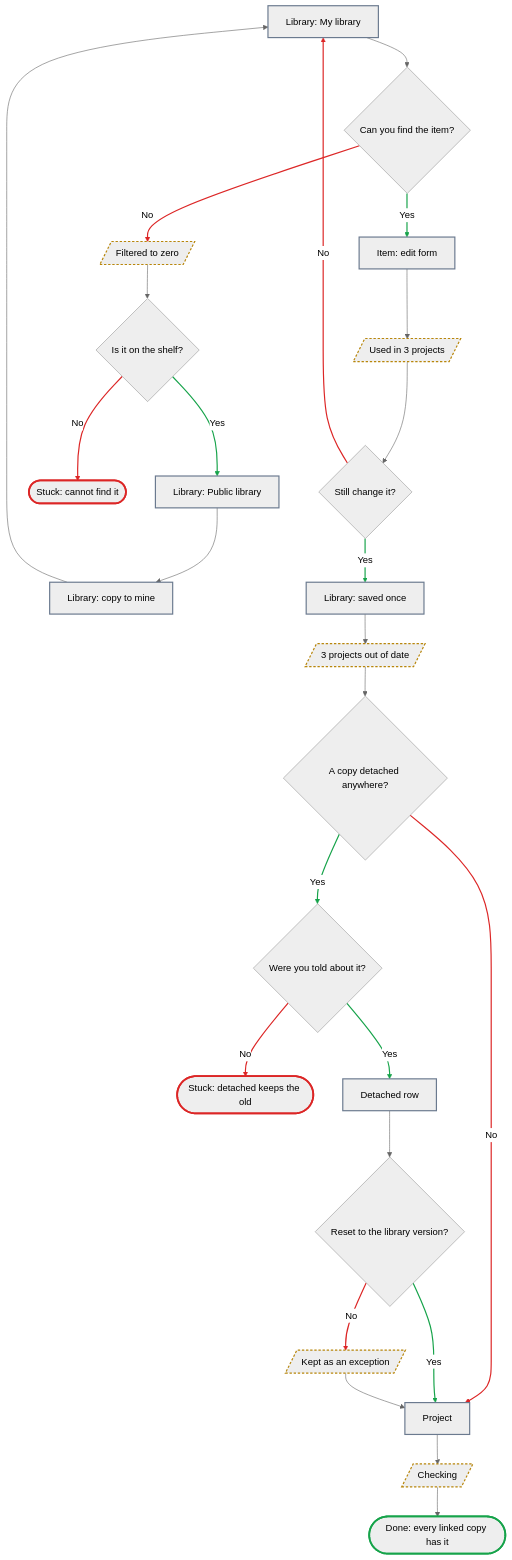
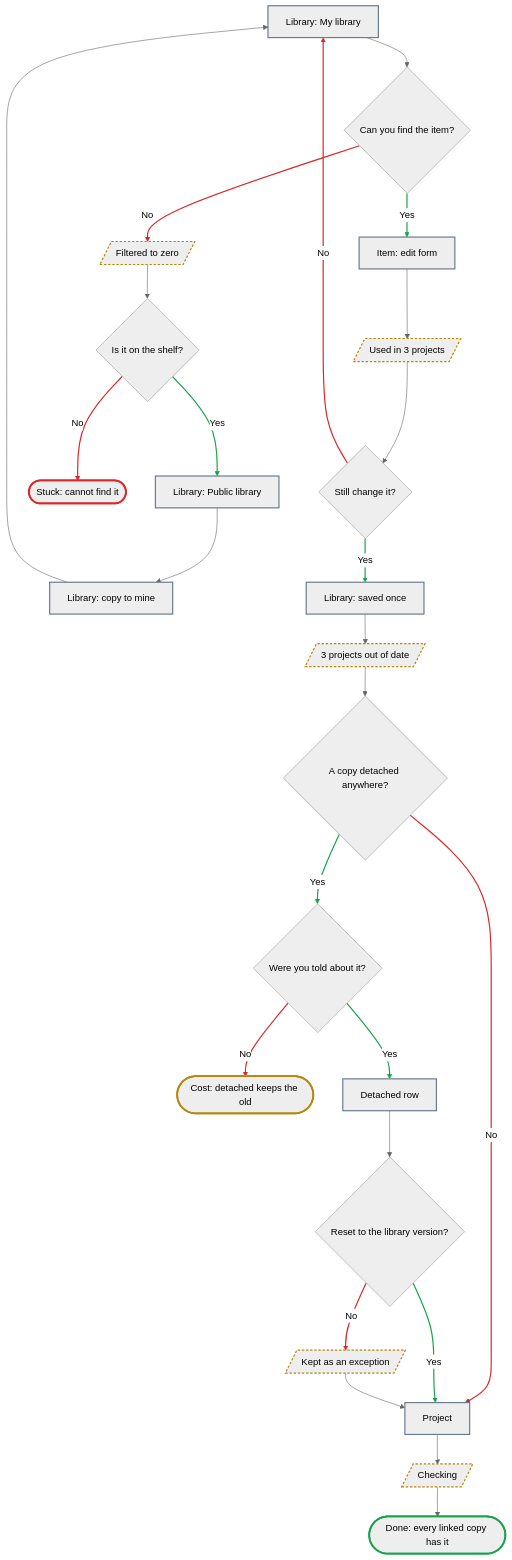
Before and after one commit to RomanUserExpert/ai-stack-builder: the sixth of 8 diagrams in 03-information-architecture/flows.md, drawn with Mermaid (neutral theme). The commit also changed other lines of this file and 5 other files, not shown here.

````diff
--- a/03-information-architecture/flows.md
+++ b/03-information-architecture/flows.md
@@ -476,37 +540,39 @@
 ```mermaid
 flowchart TD
     A["Library: My library"] --> B{"Can you find the item?"}
     B -->|"No"| C[/"Filtered to zero"/]
     C --> D{"Is it on the shelf?"}
     D -->|"Yes"| E["Library: Public library"]
     E --> F["Library: copy to mine"]
     F --> A
     D -->|"No"| G(["Stuck: cannot find it"])
     B -->|"Yes"| H["Item: edit form"]
     H --> I[/"Used in 3 projects"/]
     I --> J{"Still change it?"}
     J -->|"No"| A
     J -->|"Yes"| K["Library: saved once"]
     K --> L[/"3 projects out of date"/]
     L --> M{"A copy detached anywhere?"}
     M -->|"No"| N["Project"]
     M -->|"Yes"| O{"Were you told about it?"}
-    O -->|"No"| P(["Stuck: detached keeps the old"])
+    O -->|"No"| P(["Cost: detached keeps the old"])
     O -->|"Yes"| Q["Detached row"]
     Q --> R{"Reset to the library version?"}
     R -->|"Yes"| N
     R -->|"No"| S[/"Kept as an exception"/]
     S --> N
     N --> T[/"Checking"/]
     T --> U(["Done: every linked copy has it"])
     classDef screen stroke:#6b7a8f,stroke-width:2px
     classDef state stroke:#b8860b,stroke-width:2px,stroke-dasharray:4 3
     classDef win stroke:#16a34a,stroke-width:3px
+    classDef cost stroke:#b8860b,stroke-width:3px
     classDef dead stroke:#dc2626,stroke-width:3px
     linkStyle 3,7,11,15,17,19 stroke:#16a34a,stroke-width:2px
     linkStyle 1,6,10,14,16,20 stroke:#dc2626,stroke-width:2px
     class A,E,F,H,K,N,Q screen
     class C,I,L,S,T state
     class U win
-    class G,P dead
+    class P cost
+    class G dead
 ```
````
